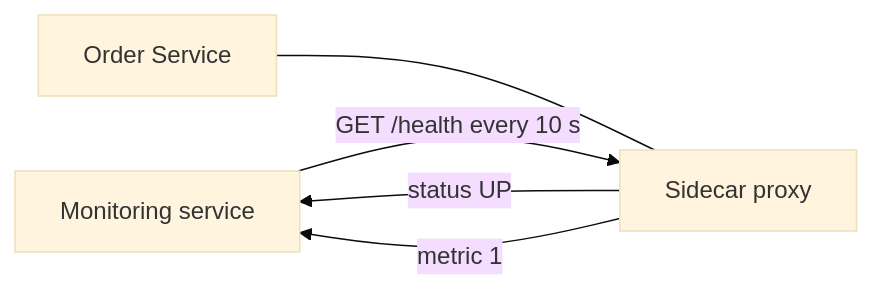
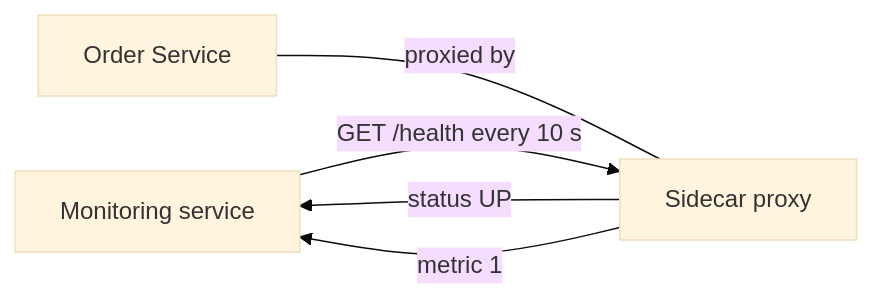
Before and after one commit to vinayakuber/microservices-io-study-guide: diagram 11 of 13 in docs/ch40-service-mesh.md, drawn with Mermaid (base theme). The commit also changed other lines of this file and 71 other files, not shown here.

First line of the commit message:
R18: label every diagram arrow with its meaning

````diff
--- a/docs/ch40-service-mesh.md
+++ b/docs/ch40-service-mesh.md
@@ -353,7 +353,7 @@
 ```mermaid
 flowchart LR
   MON["Monitoring service"] -->|"GET /health every 10 s"| PROXY["Sidecar proxy"]
   PROXY -->|"status UP"| MON
   PROXY -->|"metric 1"| MON
-  SVC["Order Service"] --- PROXY
+  SVC["Order Service"] ---|"proxied by"| PROXY
 ```
````
